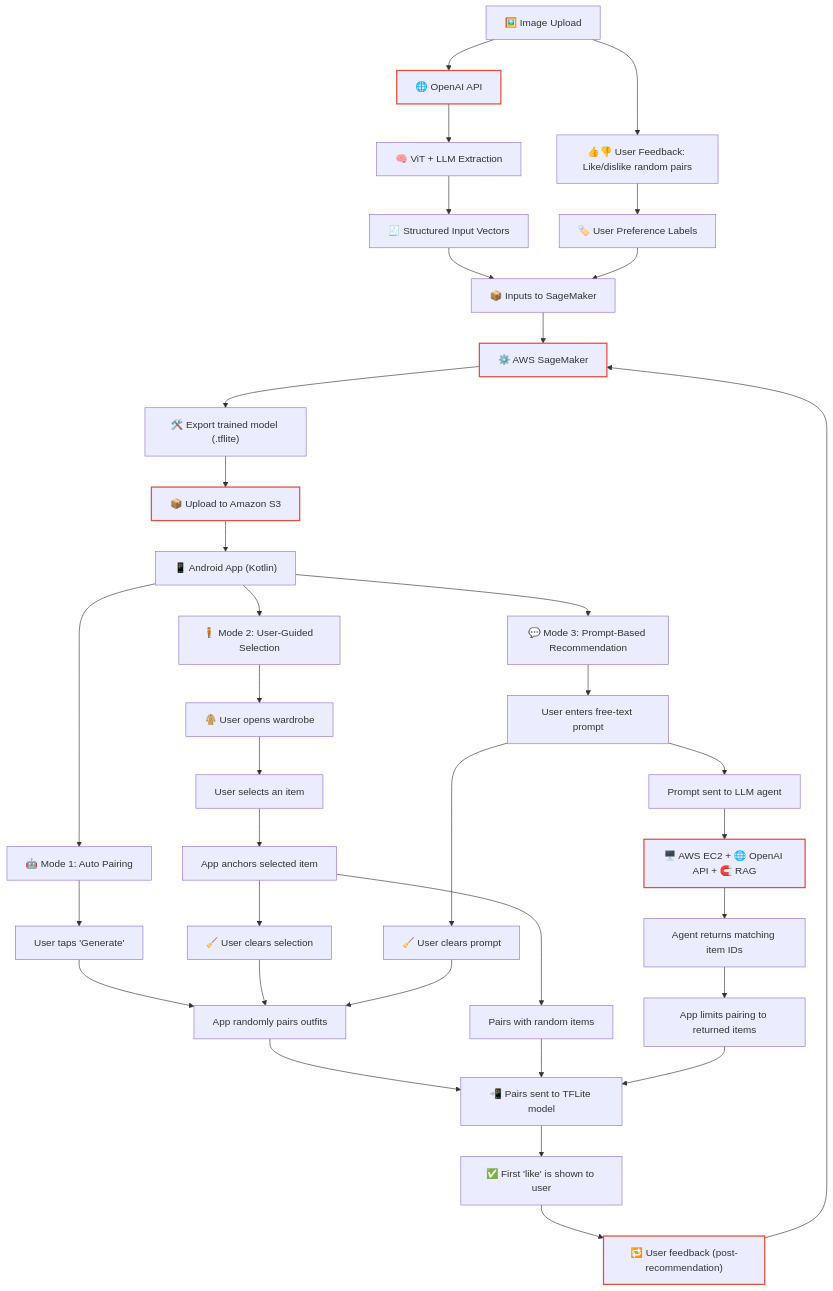
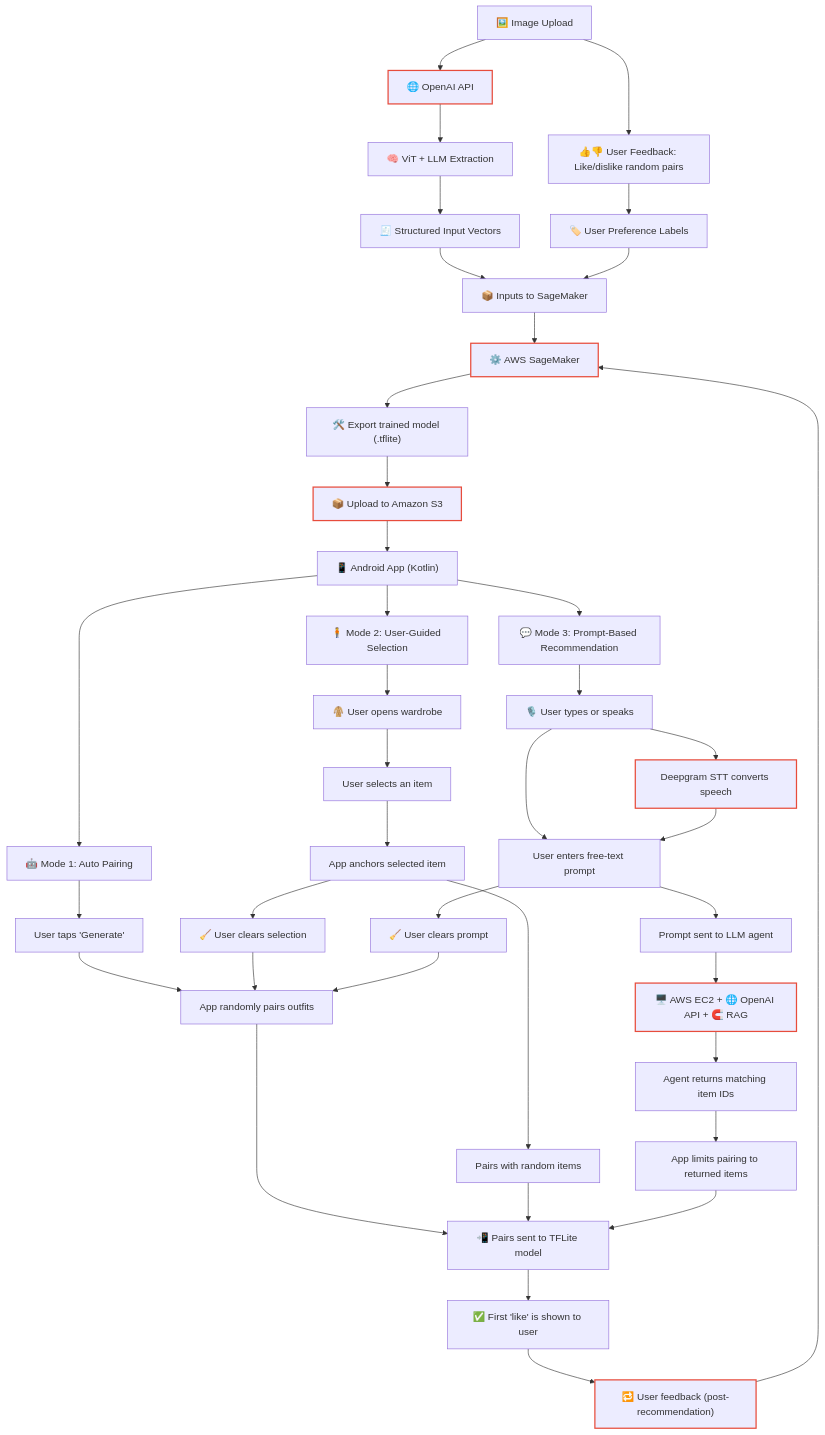
The diagram in README.md (DressMe-AI/awesome-dressmeai), drawn with Mermaid before and after one commit.

````diff
--- a/README.md
+++ b/README.md
@@ -54,56 +54,59 @@
 ```mermaid
 flowchart TD
     %% Core pipeline
     A["🖼️ Image Upload"] --> openai_call
     openai_call["🌐 OpenAI API"]:::highlighted --> B
     B["🧠 ViT + LLM Extraction"] --> D
     A --> C
     C["👍👎 User Feedback: Like/dislike random pairs"] --> E
     D["🧾 Structured Input Vectors"] --> train_input
     E["🏷️ User Preference Labels"] --> train_input
     train_input["📦 Inputs to SageMaker"] --> sagemaker["⚙️ AWS SageMaker"]:::external
     sagemaker --> tflite_export["🛠️ Export trained model (.tflite)"]
     tflite_export --> S3_upload["📦 Upload to Amazon S3"]:::external
     S3_upload --> H_app["📱 Android App (Kotlin)"]
     H_app --> I1_start
     H_app --> I2_start
     H_app --> I3_start
 
     %% Mode 1
     I1_start["🤖 Mode 1: Auto Pairing"] --> I1_a["User taps 'Generate'"]
     I1_a --> I1_b["App randomly pairs outfits"]
     I1_b --> I_common
 
     %% Mode 2
     I2_start["🧍 Mode 2: User-Guided Selection"] --> I2_a["🧥 User opens wardrobe"]
     I2_a --> I2_access["User selects an item"]
     I2_access --> I2_b["App anchors selected item"]
     I2_b --> I2_c["Pairs with random items"]
     I2_b --> I2_fallback["🧹 User clears selection"]
     I2_fallback --> I1_b
     I2_c --> I_common
 
     %% Mode 3
-    I3_start["💬 Mode 3: Prompt-Based Recommendation"] --> I3_a["User enters free-text prompt"]
+    I3_start["💬 Mode 3: Prompt-Based Recommendation"] --> I3_input_type["🎙️ User types or speaks"]
+    I3_input_type --> I3_a["User enters free-text prompt"]
+    I3_input_type --> I3_voice["Deepgram STT converts speech"]:::external
+    I3_voice --> I3_a
     I3_a --> I3_fallback["🧹 User clears prompt"]
     I3_fallback --> I1_b
     I3_a --> I3_b["Prompt sent to LLM agent"]
     I3_b --> ext_ec2
     ext_ec2["🖥️ AWS EC2 + 🌐 OpenAI API + 🧲 RAG"]:::external --> I3_c["Agent returns matching item IDs"]
     I3_c --> I3_d["App limits pairing to returned items"]
     I3_d --> I_common
 
     %% Shared DL inference
     I_common["📲 Pairs sent to TFLite model"] --> I_final["✅ First 'like' is shown to user"]
 
     %% Styling
     classDef external stroke:#e74c3c,stroke-width:2px;
     classDef highlighted stroke:#e74c3c,stroke-width:2px;
     class openai_call highlighted;
     class ext_ec2,sagemaker,S3_upload external;
 
     %% Feedback loop for CI/CD-style retraining
     I_final --> feedback_loop["🔁 User feedback (post-recommendation)"]:::highlighted
     feedback_loop --> sagemaker
 
 ```
````
